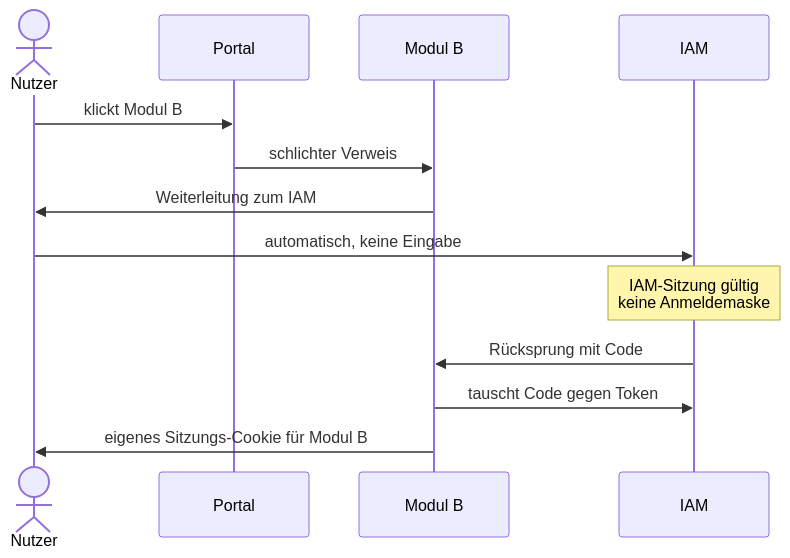
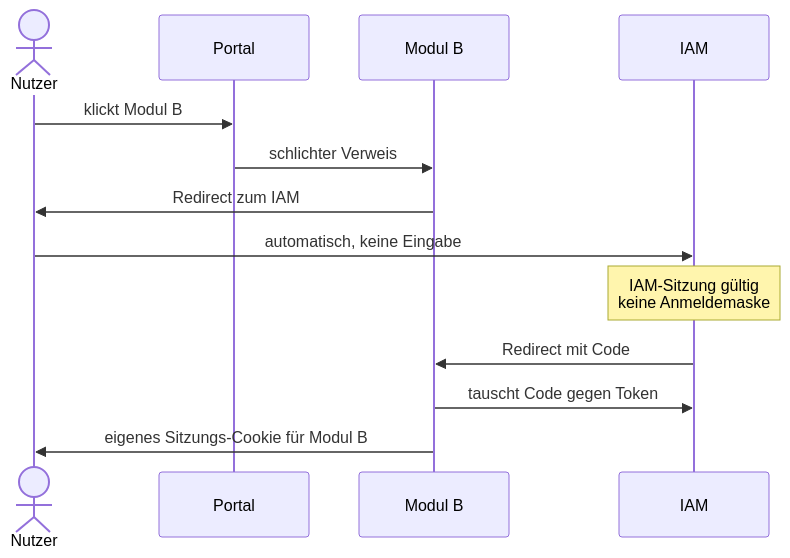
One commit to tiri/reference-architecture changed the tenth of 15 diagrams in arch-docs/README.md. Above: the diagram before and after it, drawn with Mermaid. The commit also changed other lines of this file and 1 other file, not shown here.

````diff
--- a/arch-docs/README.md
+++ b/arch-docs/README.md
@@ -439,15 +494,15 @@
 ```mermaid
 sequenceDiagram
     actor N as Nutzer
     participant P as Portal
     participant B as Modul B
     participant I as IAM
     N->>P: klickt Modul B
     P->>B: schlichter Verweis
-    B->>N: Weiterleitung zum IAM
+    B->>N: Redirect zum IAM
     N->>I: automatisch, keine Eingabe
     Note over I: IAM-Sitzung gültig<br/>keine Anmeldemaske
-    I->>B: Rücksprung mit Code
+    I->>B: Redirect mit Code
     B->>I: tauscht Code gegen Token
     B->>N: eigenes Sitzungs-Cookie für Modul B
 ```
````
